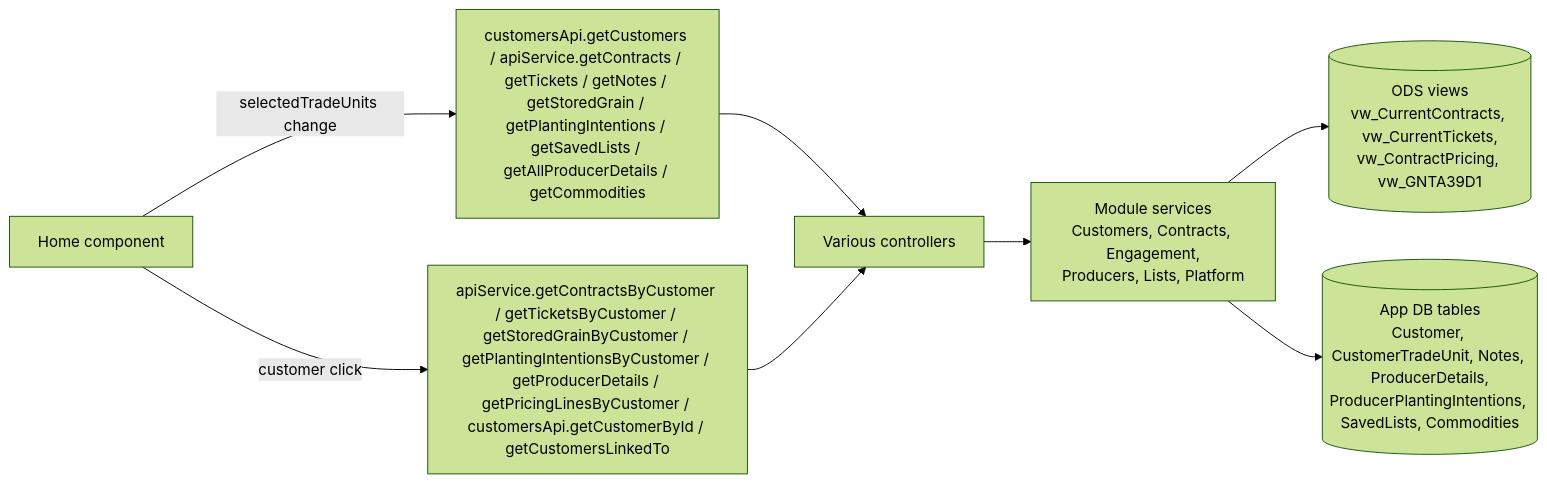
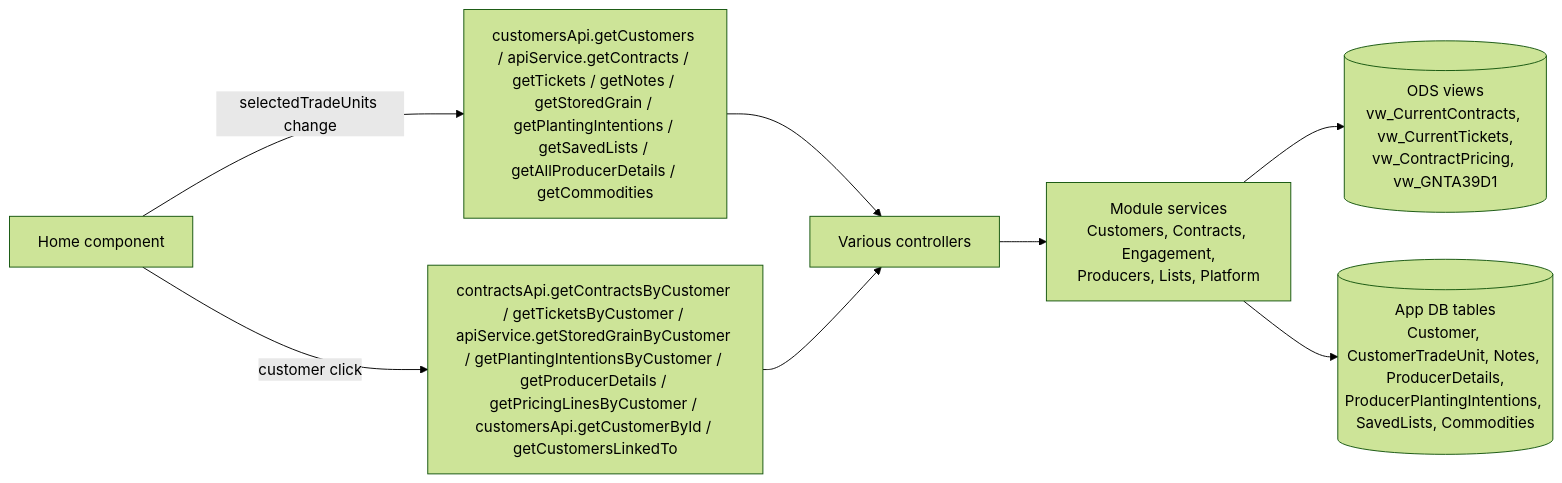
One commit to GrosseLimace/origination changed the diagram in docs/application-context/Customer Home Page.md. Above: the diagram before and after it, drawn with Mermaid (forest theme). The commit also changed other lines of this file and 51 other files, not shown here.

First line of the commit message:
refactor(client): move contracts and tickets into the Contracts module

````diff
--- a/docs/application-context/Customer Home Page.md
+++ b/docs/application-context/Customer Home Page.md
@@ -107,12 +107,12 @@
 ```mermaid
 flowchart LR
     UI[Home component]
     UI -- "selectedTradeUnits change" --> Get[customersApi.getCustomers / apiService.getContracts / getTickets / getNotes / getStoredGrain / getPlantingIntentions / getSavedLists / getAllProducerDetails / getCommodities]
     Get --> CTL[Various controllers]
     CTL --> SVC[Module services<br/>Customers, Contracts, Engagement,<br/>Producers, Lists, Platform]
     SVC --> ODS[(ODS views<br/>vw_CurrentContracts, vw_CurrentTickets,<br/>vw_ContractPricing, vw_GNTA39D1)]
     SVC --> APP[(App DB tables<br/>Customer, CustomerTradeUnit, Notes, ProducerDetails,<br/>ProducerPlantingIntentions, SavedLists, Commodities)]
 
-    UI -- "customer click" --> ByCustomer[apiService.getContractsByCustomer / getTicketsByCustomer / getStoredGrainByCustomer / getPlantingIntentionsByCustomer / getProducerDetails / getPricingLinesByCustomer / customersApi.getCustomerById / getCustomersLinkedTo]
+    UI -- "customer click" --> ByCustomer[contractsApi.getContractsByCustomer / getTicketsByCustomer / apiService.getStoredGrainByCustomer / getPlantingIntentionsByCustomer / getProducerDetails / getPricingLinesByCustomer / customersApi.getCustomerById / getCustomersLinkedTo]
     ByCustomer --> CTL
 ```
````
